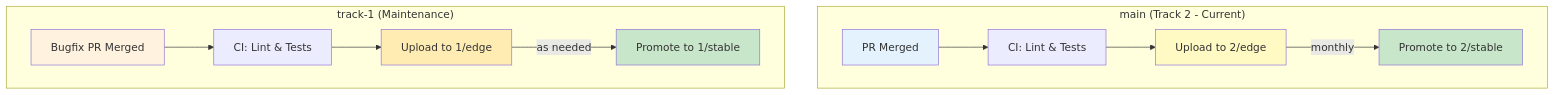
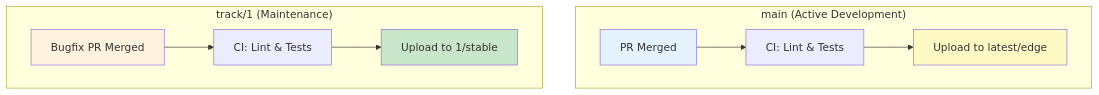
The third of 4 diagrams in adr/apps/adr-014-release-flow.md (charmarr/charmarr-meta), drawn with Mermaid before and after one commit. The commit also changed other lines of this file, not shown here.

````diff
--- a/adr/apps/adr-014-release-flow.md
+++ b/adr/apps/adr-014-release-flow.md
@@ -144,29 +144,23 @@
 ```mermaid
 flowchart TD
-    subgraph MainBranch["main (Track 2 - Current)"]
+    subgraph MainBranch["main (Active Development)"]
         PR2[PR Merged]
         CI2[CI: Lint & Tests]
-        Edge2[Upload to 2/edge]
-        Stable2[Promote to 2/stable]
+        Edge2[Upload to latest/edge]
     end
 
-    subgraph Track1Branch["track-1 (Maintenance)"]
+    subgraph Track1Branch["track/1 (Maintenance)"]
         PR1[Bugfix PR Merged]
         CI1[CI: Lint & Tests]
-        Edge1[Upload to 1/edge]
-        Stable1[Promote to 1/stable]
+        Stable1[Upload to 1/stable]
     end
 
     PR2 --> CI2 --> Edge2
-    Edge2 -->|monthly| Stable2
 
-    PR1 --> CI1 --> Edge1
-    Edge1 -->|as needed| Stable1
+    PR1 --> CI1 --> Stable1
 
     style PR2 fill:#e3f2fd
     style PR1 fill:#fff3e0
     style Edge2 fill:#fff9c4
-    style Edge1 fill:#ffecb3
-    style Stable2 fill:#c8e6c9
     style Stable1 fill:#c8e6c9
 ```
````
